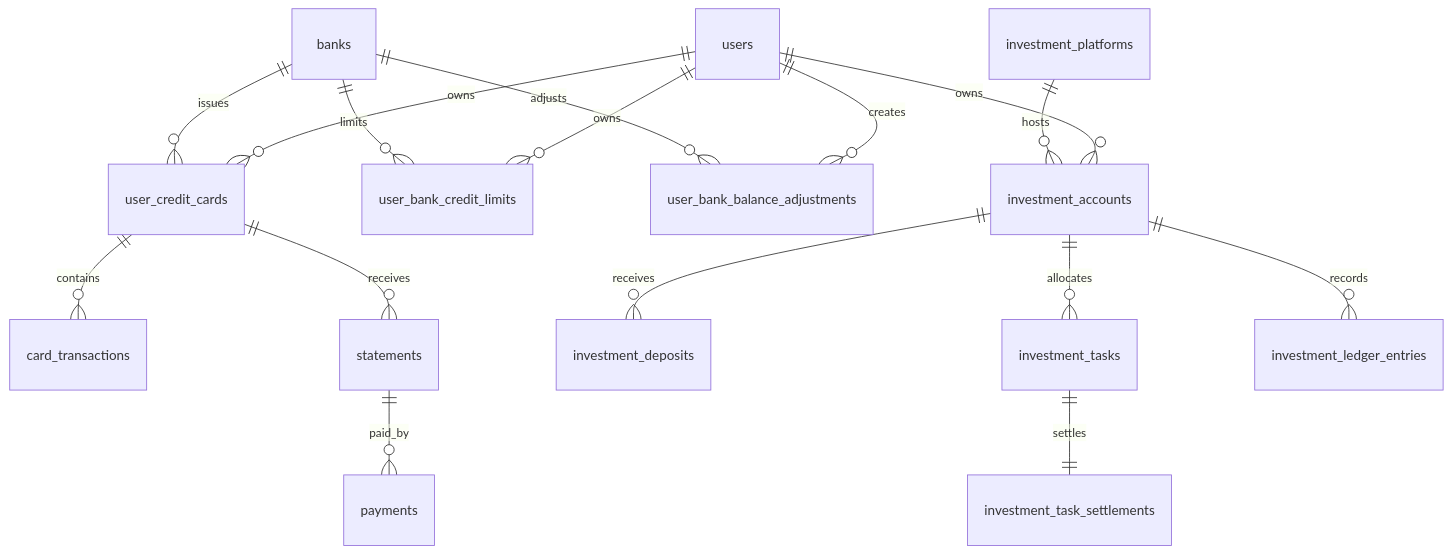
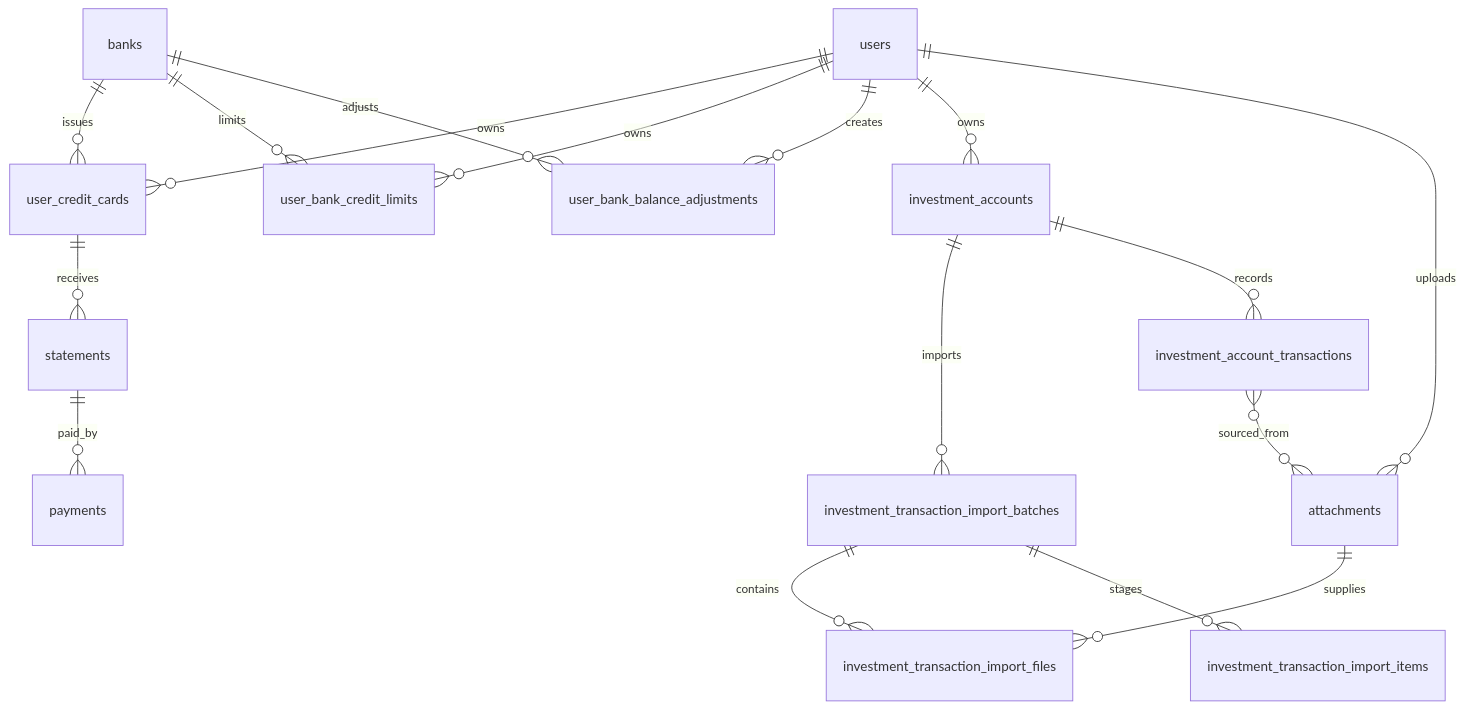
Before and after one commit to pvhao2002/kira-app: the diagram in kira-bank/docs/database/erd.md, drawn with Mermaid. The commit also changed other lines of this file and 112 other files, not shown here.

Commit message:
feat: introduce investment transaction import functionality with related entities and DTOs

````diff
--- a/kira-bank/docs/database/erd.md
+++ b/kira-bank/docs/database/erd.md
@@ -3,18 +3,19 @@
 ```mermaid
 erDiagram
  users ||--o{ user_credit_cards : owns
  users ||--o{ user_bank_credit_limits : owns
  users ||--o{ user_bank_balance_adjustments : creates
  banks ||--o{ user_credit_cards : issues
  banks ||--o{ user_bank_credit_limits : limits
  banks ||--o{ user_bank_balance_adjustments : adjusts
- user_credit_cards ||--o{ card_transactions : contains
  user_credit_cards ||--o{ statements : receives
  statements ||--o{ payments : paid_by
  users ||--o{ investment_accounts : owns
- investment_platforms ||--o{ investment_accounts : hosts
- investment_accounts ||--o{ investment_deposits : receives
- investment_accounts ||--o{ investment_tasks : allocates
- investment_tasks ||--|| investment_task_settlements : settles
- investment_accounts ||--o{ investment_ledger_entries : records
+ users ||--o{ attachments : uploads
+ investment_accounts ||--o{ investment_transaction_import_batches : imports
+ investment_transaction_import_batches ||--o{ investment_transaction_import_files : contains
+ investment_transaction_import_batches ||--o{ investment_transaction_import_items : stages
+ investment_accounts ||--o{ investment_account_transactions : records
+ attachments ||--o{ investment_transaction_import_files : supplies
+ investment_account_transactions }o--o{ attachments : sourced_from
 ```
````
